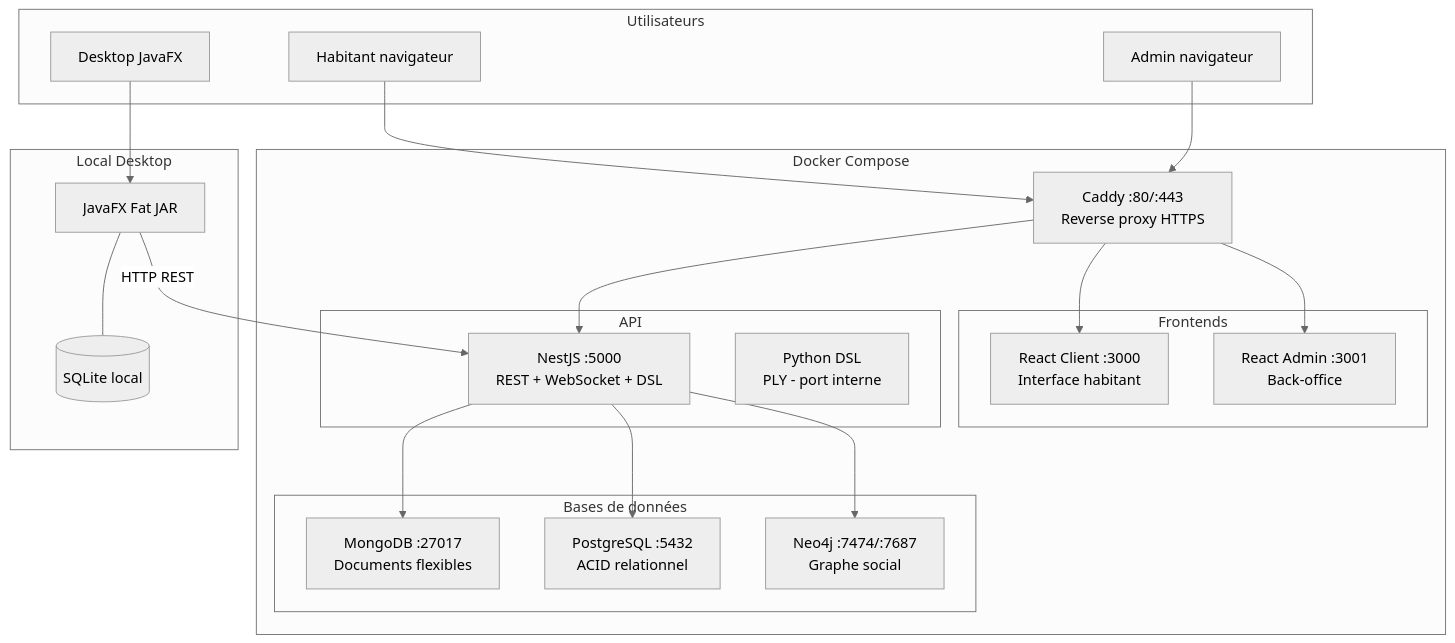
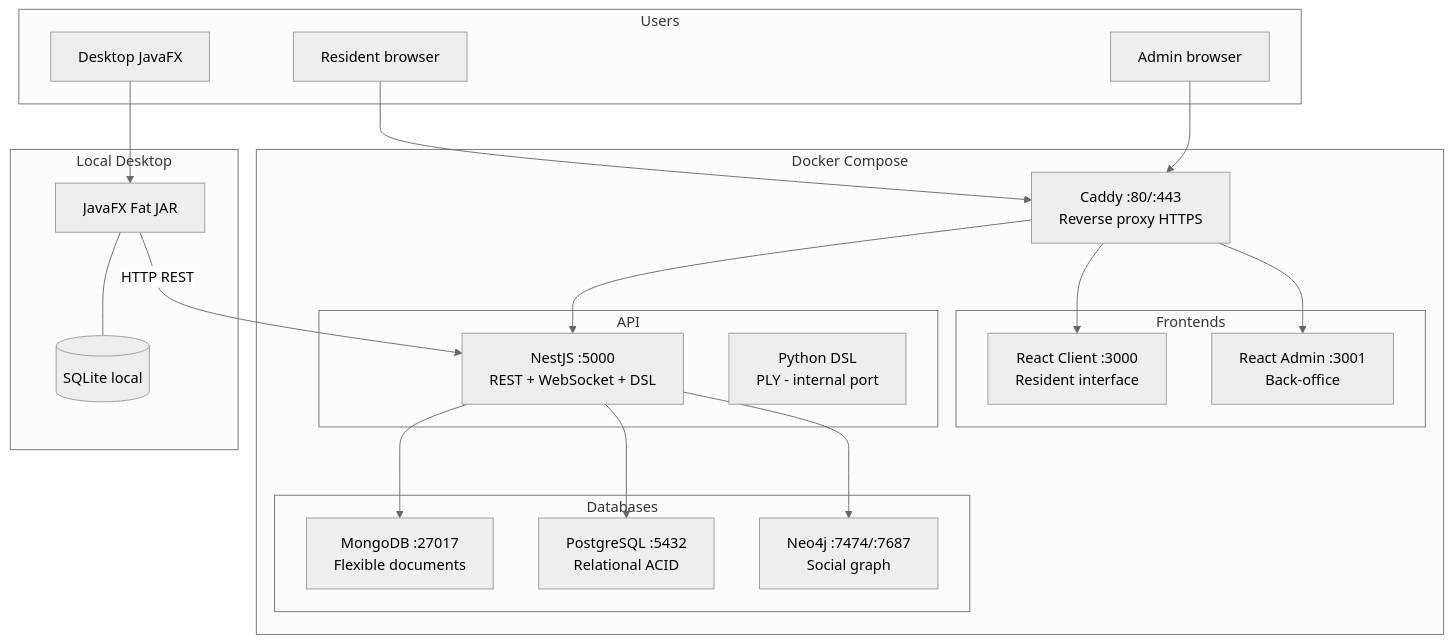
Before and after one commit to creibaud/QuartierConnect: the first of 13 diagrams in docs/RAPPORT-TECHNIQUE.md, drawn with Mermaid (neutral theme). The commit also changed other lines of this file and 155 other files, not shown here.

````diff
--- a/docs/RAPPORT-TECHNIQUE.md
+++ b/docs/RAPPORT-TECHNIQUE.md
@@ -70,45 +70,45 @@
 ```mermaid
 graph TB
-    subgraph Utilisateurs
-        HAB[Habitant navigateur]
-        ADM[Admin navigateur]
+    subgraph Users
+        HAB[Resident browser]
+        ADM[Admin browser]
         DKP[Desktop JavaFX]
     end
 
     subgraph Docker Compose
         CADDY["Caddy :80/:443<br/>Reverse proxy HTTPS"]
 
         subgraph Frontends
-            CLI["React Client :3000<br/>Interface habitant"]
+            CLI["React Client :3000<br/>Resident interface"]
             ADI["React Admin :3001<br/>Back-office"]
         end
 
         subgraph API
             NEST["NestJS :5000<br/>REST + WebSocket + DSL"]
-            PYTHON["Python DSL<br/>PLY - port interne"]
+            PYTHON["Python DSL<br/>PLY - internal port"]
         end
 
-        subgraph Bases de données
-            MONGO["MongoDB :27017<br/>Documents flexibles"]
-            PG["PostgreSQL :5432<br/>ACID relationnel"]
-            N4J["Neo4j :7474/:7687<br/>Graphe social"]
+        subgraph Databases
+            MONGO["MongoDB :27017<br/>Flexible documents"]
+            PG["PostgreSQL :5432<br/>Relational ACID"]
+            N4J["Neo4j :7474/:7687<br/>Social graph"]
         end
     end
 
     subgraph Local Desktop
         JAVA[JavaFX Fat JAR]
         SL[(SQLite local)]
     end
 
     HAB --> CADDY
     ADM --> CADDY
     DKP --> JAVA
     CADDY --> CLI
     CADDY --> ADI
     CADDY --> NEST
     NEST --> MONGO
     NEST --> PG
     NEST --> N4J
     JAVA -->|HTTP REST| NEST
     JAVA --- SL
 ```
````
